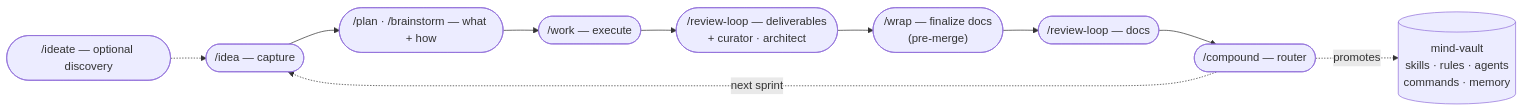
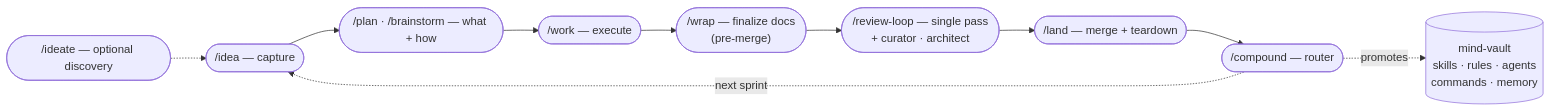
One commit to infohata/mind-vault changed the diagram in README.md. Above: the diagram before and after it, drawn with Mermaid. The commit also changed other lines of this file and 23 other files, not shown here.

First line of the commit message:
feat(wrap/land): IDEA-015 — split /wrap into /wrap + /land, retire the double-review (#176)

````diff
--- a/README.md
+++ b/README.md
@@ -25,12 +25,12 @@
 ```mermaid
 flowchart LR
     I0(["/ideate — optional discovery"]) -.-> I1
     I1(["/idea — capture"]) --> P
     P(["/plan · /brainstorm — what + how"]) --> W
-    W(["/work — execute"]) --> RD
-    RD(["/review-loop — deliverables\n+ curator · architect"]) --> WR
+    W(["/work — execute"]) --> WR
     WR(["/wrap — finalize docs\n(pre-merge)"]) --> RR
-    RR(["/review-loop — docs"]) --> C
+    RR(["/review-loop — single pass\n+ curator · architect"]) --> L
+    L(["/land — merge + teardown"]) --> C
     C(["/compound — router"]) -.promotes.-> V[("mind-vault\nskills · rules · agents\ncommands · memory")]
     C -.next sprint.-> I1
 ```
````
